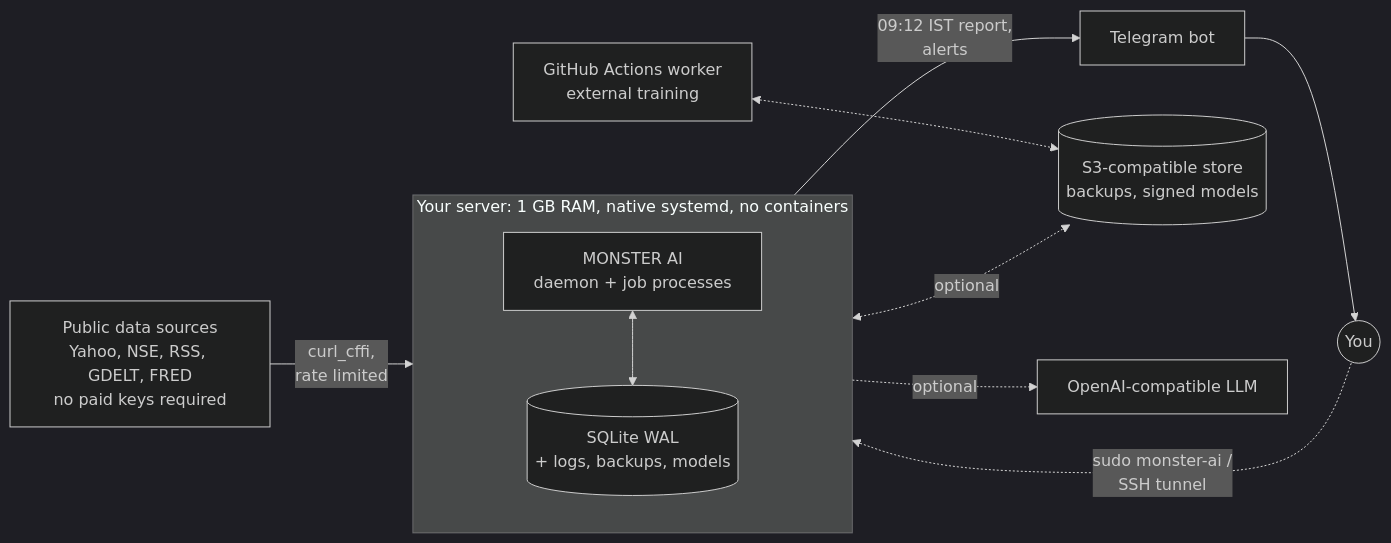
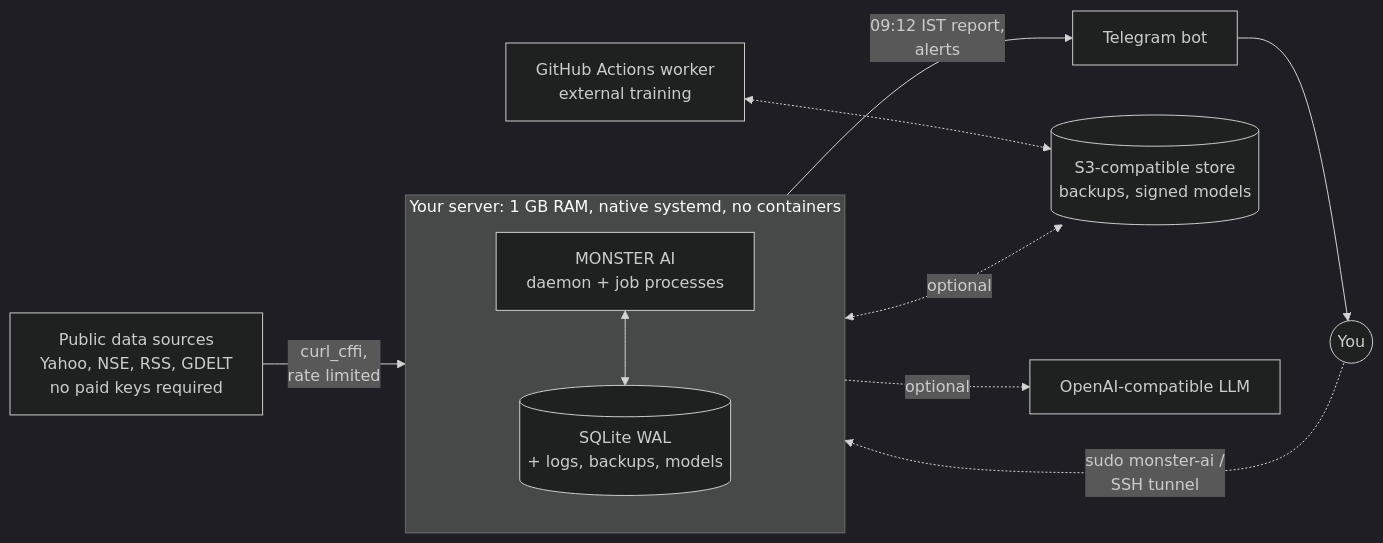
One commit to amansoni7477030/MonsterStock_AI changed the first of 18 diagrams in MONSTER-AI/docs/ARCHITECTURE.md. Above: the diagram before and after it, drawn with Mermaid (dark theme). The commit also changed other lines of this file and 61 other files, not shown here.

````diff
--- a/MONSTER-AI/docs/ARCHITECTURE.md
+++ b/MONSTER-AI/docs/ARCHITECTURE.md
@@ -41,13 +41,13 @@
 ```mermaid
 flowchart LR
-    SRC["Public data sources<br/>Yahoo, NSE, RSS, GDELT, FRED<br/>no paid keys required"] -->|"curl_cffi,<br/>rate limited"| MON
+    SRC["Public data sources<br/>Yahoo, NSE, RSS, GDELT<br/>no paid keys required"] -->|"curl_cffi,<br/>rate limited"| MON
     subgraph SERVER["Your server: 1 GB RAM, native systemd, no containers"]
         direction TB
         MON["MONSTER AI<br/>daemon + job processes"] <--> DB[("SQLite WAL<br/>+ logs, backups, models")]
     end
     MON -->|"09:12 IST report,<br/>alerts"| TG["Telegram bot"] --> YOU(("You"))
     YOU -.->|"sudo monster-ai /<br/>SSH tunnel"| MON
     MON <-.->|"optional"| S3[("S3-compatible store<br/>backups, signed models")]
     MON -.->|"optional"| LLM["OpenAI-compatible LLM"]
     GHA["GitHub Actions worker<br/>external training"] <-.-> S3
 ```
````
